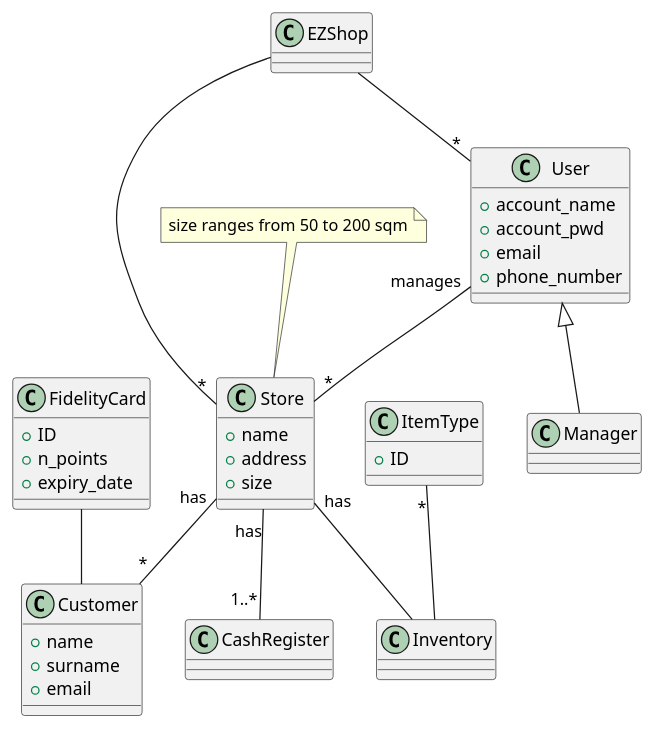
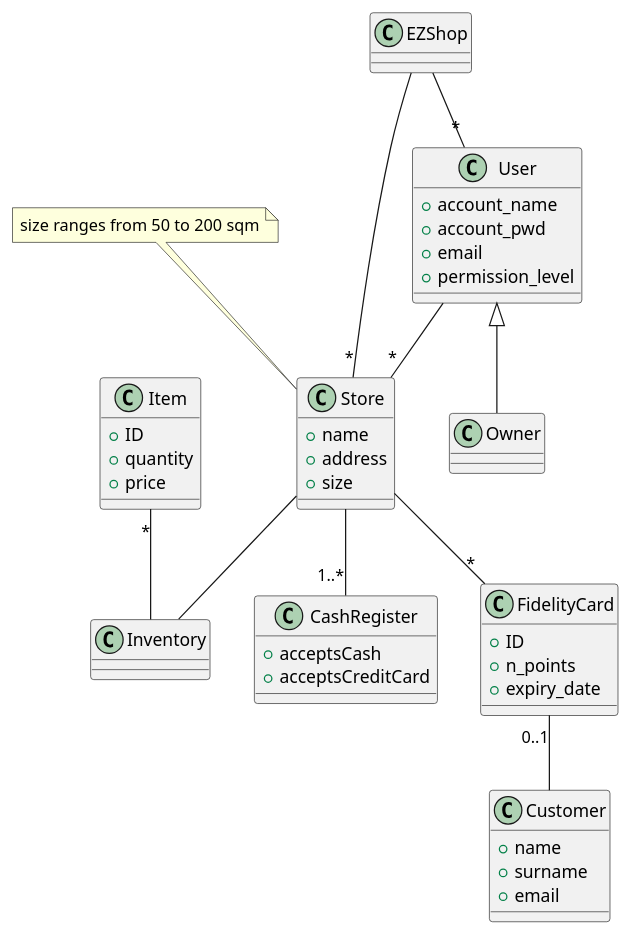
One commit to mspronesti/ezshop changed the second of 2 diagrams in Deliverables/RequirementsDocument.md. Above: the diagram before and after it, drawn with PlantUML. The commit also changed other lines of this file and 1 other file, not shown here.

Commit message:
docs: update glossary

````diff
--- a/Deliverables/RequirementsDocument.md
+++ b/Deliverables/RequirementsDocument.md
@@ -296,61 +299,65 @@
 ```plantuml
 @startuml
 
 note "size ranges from 50 to 200 sqm" as N1
 N1 -- Store
 
 class EZShop
 
 class User {
   + account_name
   + account_pwd
   + email	
-  + phone_number
+  + permission_level
 }
 
 class Store {
   + name
   + address
   + size
 }
 
 class CashRegister{	
+  + acceptsCash
+  + acceptsCreditCard
 }
 
-class Manager
+class Owner
 
 class Customer {
   + name
   + surname
   + email
 }
 
 class FidelityCard {
   + ID
   + n_points
   + expiry_date	
 }
 
-class ItemType {
+class Item {
  + ID
+ + quantity
+ + price
 }
 
 class Inventory {	
 }
 
 
-Manager -up-|> User
+Owner -up-|> User
 EZShop -- "*" Store
-User "manages" -- "*" Store
+User  -- "*" Store
 
-ItemType  "*" --  Inventory
+Item  "*" --  Inventory
 
 EZShop --"*" User
 
-Store "has" --  "1..*" CashRegister 
-FidelityCard -- Customer
-Store "has" -- "*" Customer
-Store "has"--Inventory 
+Store  --  "1..*" CashRegister 
+FidelityCard "0..1" --  Customer
+Store  -- "*" FidelityCard
+Store --Inventory 
 
 @enduml
 ```
````
